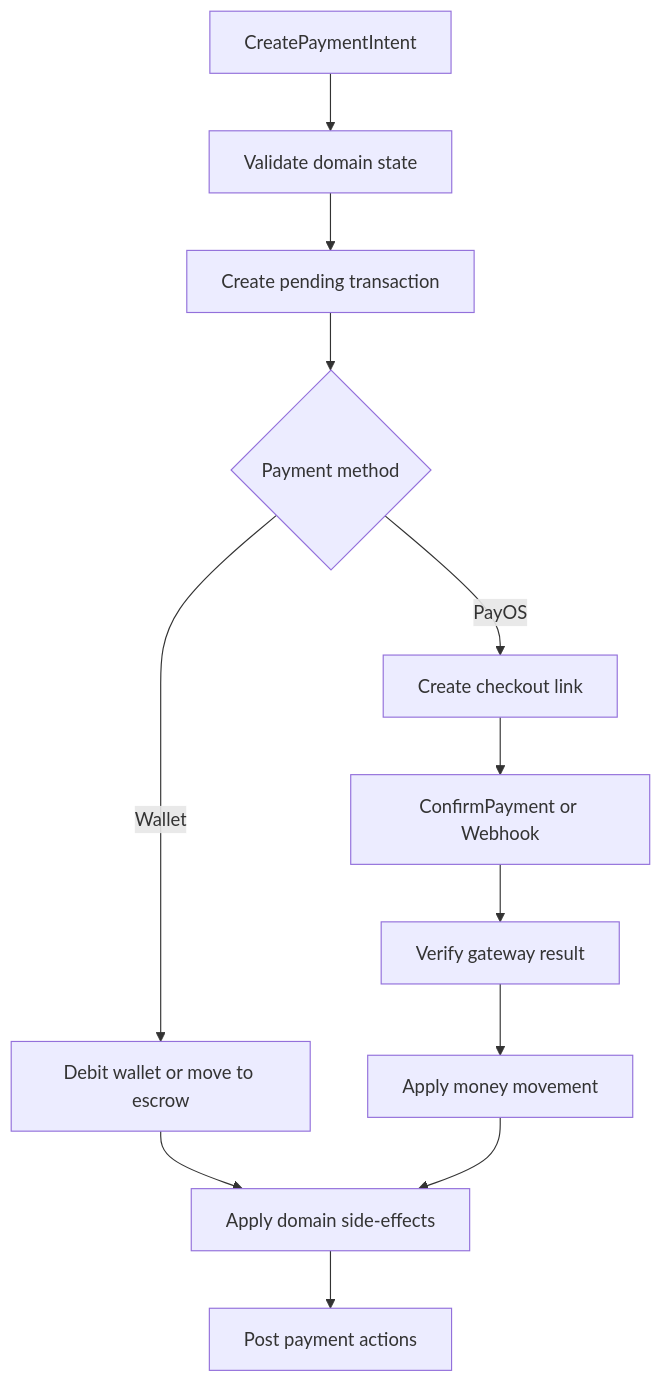
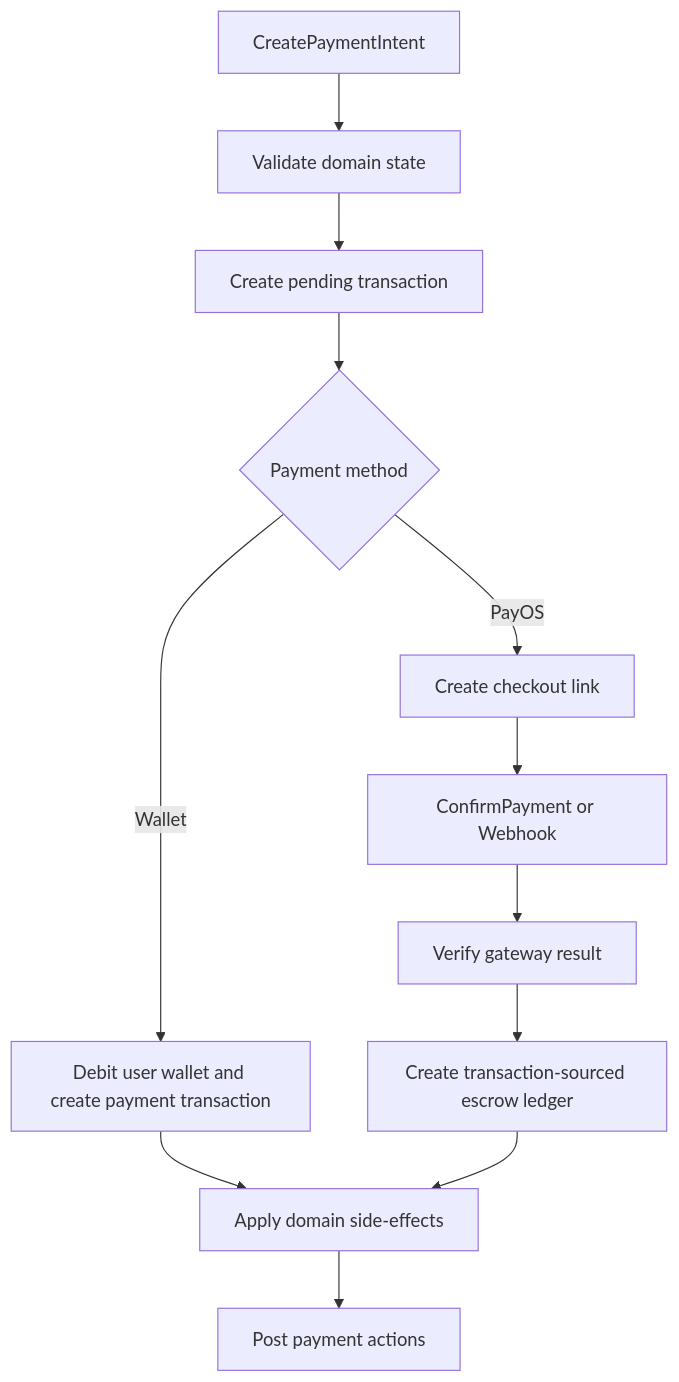
One commit to Snake-AID/SnakeAid.Docs changed the third of 5 diagrams in Docs/05-Backend/02-layers/money-aspect/money-aspect.sourcemap.md. Above: the diagram before and after it, drawn with Mermaid. The commit also changed other lines of this file and 3 other files, not shown here.

First line of the commit message:
docs(money-aspect): add changelog and align docs with phase 6/7 escrow

````diff
--- a/Docs/05-Backend/02-layers/money-aspect/money-aspect.sourcemap.md
+++ b/Docs/05-Backend/02-layers/money-aspect/money-aspect.sourcemap.md
@@ -113,14 +115,14 @@
 ```mermaid
 flowchart TD
     A[CreatePaymentIntent] --> B[Validate domain state]
     B --> C[Create pending transaction]
     C --> D{Payment method}
     D -->|PayOS| E[Create checkout link]
-    D -->|Wallet| F[Debit wallet or move to escrow]
+    D -->|Wallet| F[Debit user wallet and create payment transaction]
     E --> G[ConfirmPayment or Webhook]
     F --> H[Apply domain side-effects]
     G --> I[Verify gateway result]
-    I --> J[Apply money movement]
+    I --> J[Create transaction-sourced escrow ledger]
     J --> H
     H --> K[Post payment actions]
 ```
````
